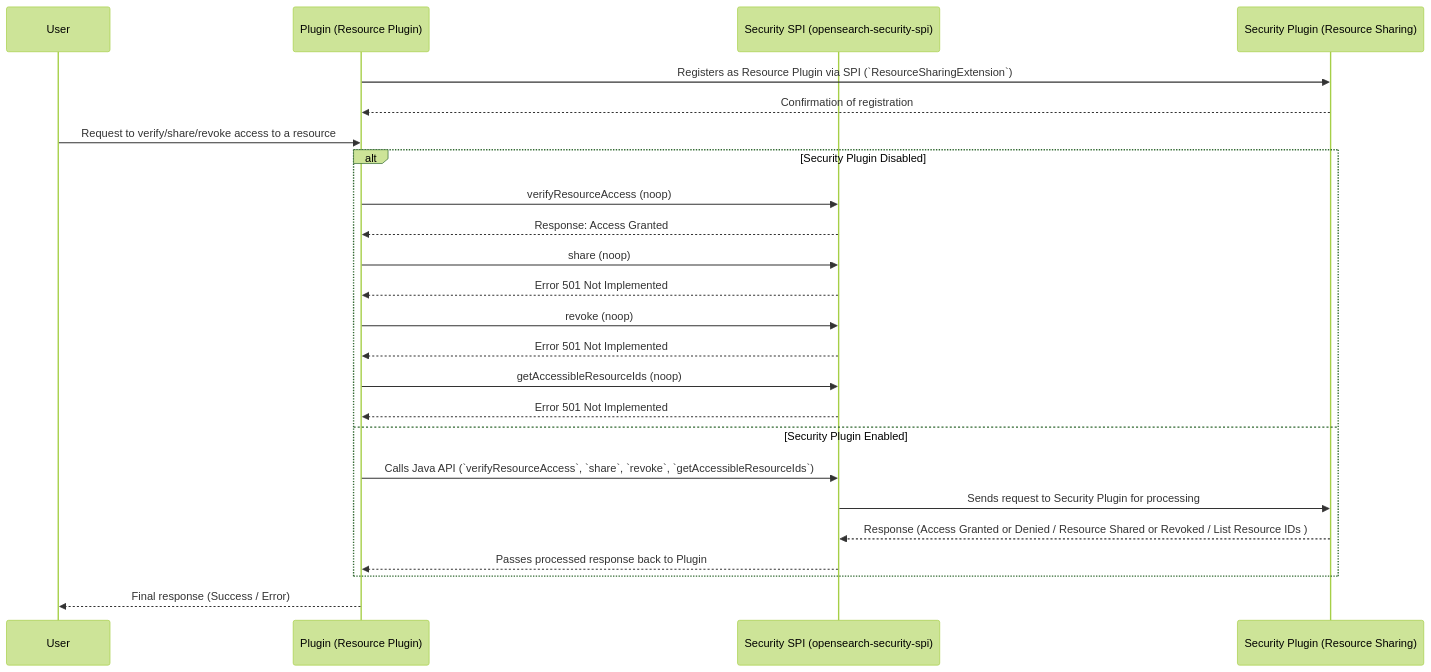
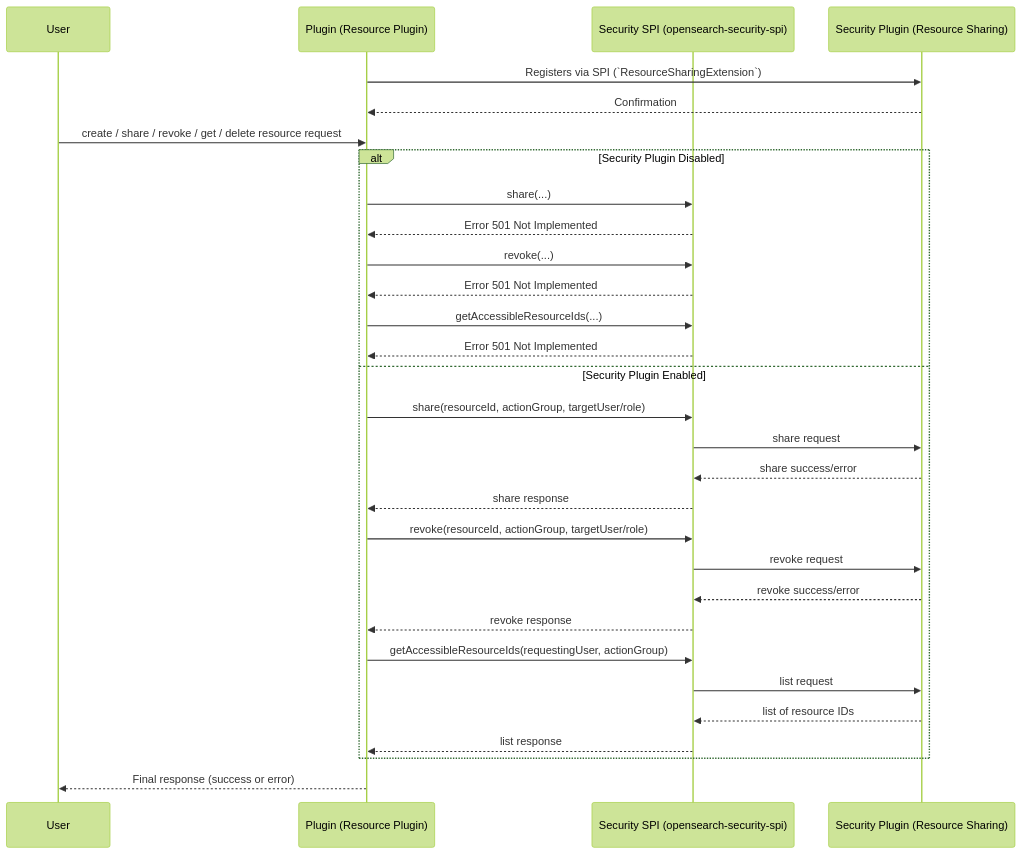
One commit to opensearch-project/security changed the diagram in spi/README.md. Above: the diagram before and after it, drawn with Mermaid (forest theme). The commit also changed other lines of this file and 9 other files, not shown here.

````diff
--- a/spi/README.md
+++ b/spi/README.md
@@ -322,46 +226,44 @@
 ```mermaid
 sequenceDiagram
-    participant User as User
-    participant Plugin as Plugin (Resource Plugin)
-    participant SPI as Security SPI (opensearch-security-spi)
-    participant Security as Security Plugin (Resource Sharing)
+participant User as User
+participant Plugin as Plugin (Resource Plugin)
+participant SPI as Security SPI (opensearch-security-spi)
+participant Security as Security Plugin (Resource Sharing)
 
     %% Step 1: Plugin registers itself as a Resource Plugin
-    Plugin ->> Security: Registers as Resource Plugin via SPI (`ResourceSharingExtension`)
-    Security -->> Plugin: Confirmation of registration
+    Plugin ->> Security: Registers via SPI (`ResourceSharingExtension`)
+    Security -->> Plugin: Confirmation
 
-    %% Step 2: User interacts with Plugin API
-    User ->> Plugin: Request to verify/share/revoke access to a resource
+    %% Step 2: User calls Plugin API
+    User ->> Plugin: create / share / revoke / get / delete resource request
 
-    %% Alternative flow based on Security Plugin status
     alt Security Plugin Disabled
-    %% For verify: access is always granted
-      Plugin ->> SPI: verifyResourceAccess (noop)
-      SPI -->> Plugin: Response: Access Granted
-
-    %% For share, revoke, and list: return 501 Not Implemented
-      Plugin ->> SPI: share (noop)
+      Plugin ->> SPI: share(...)
       SPI -->> Plugin: Error 501 Not Implemented
 
-      Plugin ->> SPI: revoke (noop)
+      Plugin ->> SPI: revoke(...)
       SPI -->> Plugin: Error 501 Not Implemented
 
-      Plugin ->> SPI: getAccessibleResourceIds (noop)
+      Plugin ->> SPI: getAccessibleResourceIds(...)
       SPI -->> Plugin: Error 501 Not Implemented
     else Security Plugin Enabled
-    %% Step 3: Plugin calls Java APIs declared by ResourceSharingClient
-      Plugin ->> SPI: Calls Java API (`verifyResourceAccess`, `share`, `revoke`, `getAccessibleResourceIds`)
+      %% Automatic access verification happens within Security Plugin before handling
+      Plugin ->> SPI: share(resourceId, actionGroup, targetUser/role)
+      SPI ->> Security: share request
+      Security -->> SPI: share success/error
+      SPI -->> Plugin: share response
 
-    %% Step 4: Request is sent to Security Plugin
-      SPI ->> Security: Sends request to Security Plugin for processing
+      Plugin ->> SPI: revoke(resourceId, actionGroup, targetUser/role)
+      SPI ->> Security: revoke request
+      Security -->> SPI: revoke success/error
+      SPI -->> Plugin: revoke response
 
-    %% Step 5: Security Plugin handles request and returns response
-      Security -->> SPI: Response (Access Granted or Denied / Resource Shared or Revoked / List Resource IDs )
-
-    %% Step 6: Security SPI sends response back to Plugin
-      SPI -->> Plugin: Passes processed response back to Plugin
+      Plugin ->> SPI: getAccessibleResourceIds(requestingUser, actionGroup)
+      SPI ->> Security: list request
+      Security -->> SPI: list of resource IDs
+      SPI -->> Plugin: list response
     end
 
-    %% Step 7: Plugin processes response and sends final response to User
-    Plugin -->> User: Final response (Success / Error)
+    %% Step 3: Plugin returns result to User
+    Plugin -->> User: Final response (success or error)
 ```
````
